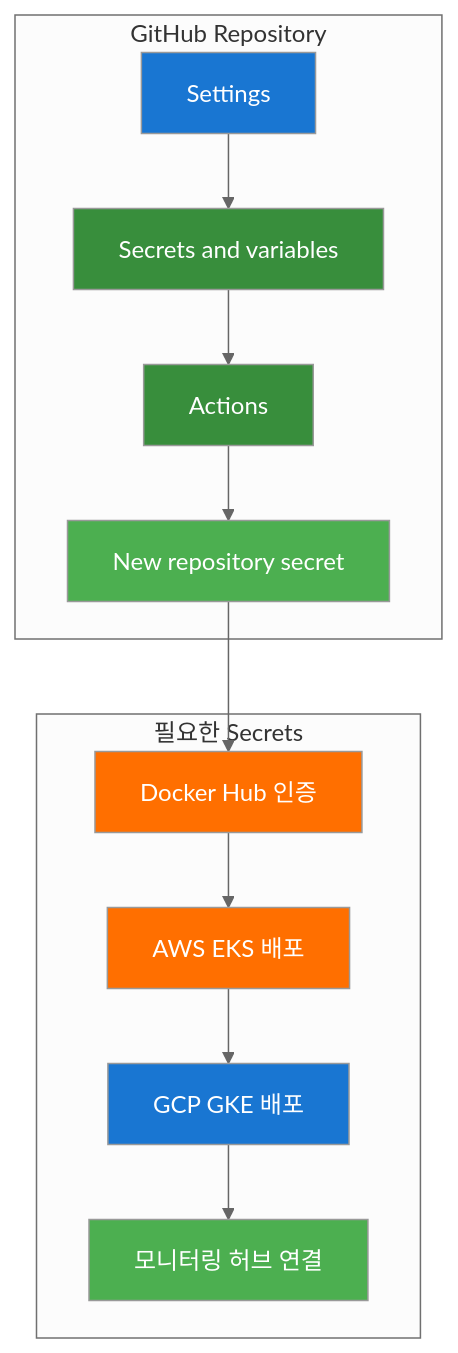
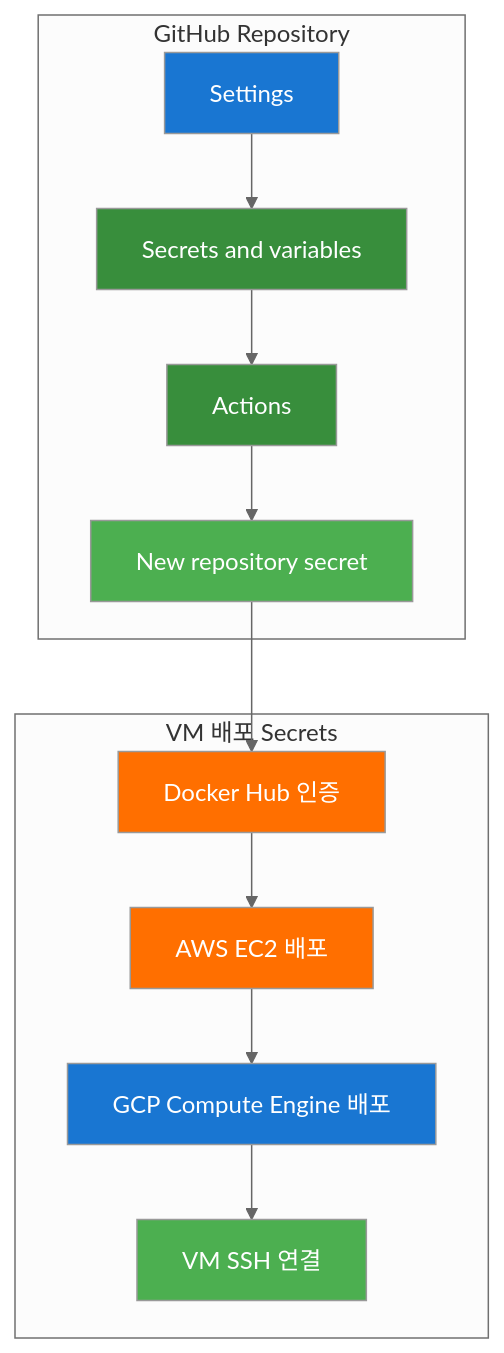
One commit to jungfrau70/mcp_cloud changed the third of 9 diagrams in mcp_knowledge_base/cloud_intermediate/lectures/day2/Day2_통합강의안_오후.md. Above: the diagram before and after it, drawn with Mermaid (neutral theme). The commit also changed other lines of this file and 27 other files, not shown here.

Commit message:
Update: 2025-10-01 06:17:00 - mcp_knowledge_base/.cursor/rules/automation-architecture.mdc and 27 more files

````diff
--- a/mcp_knowledge_base/cloud_intermediate/lectures/day2/Day2_통합강의안_오후.md
+++ b/mcp_knowledge_base/cloud_intermediate/lectures/day2/Day2_통합강의안_오후.md
@@ -172,25 +178,25 @@
 ```mermaid
 flowchart TD
     subgraph "GitHub Repository"
         A["Settings"] --> B["Secrets and variables"]
         B --> C["Actions"]
         C --> D["New repository secret"]
     end
     
-    subgraph "필요한 Secrets"
-        E["Docker Hub 인증"] --> F["AWS EKS 배포"]
-        F --> G["GCP GKE 배포"]
-        G --> H["모니터링 허브 연결"]
+    subgraph "VM 배포 Secrets"
+        E["Docker Hub 인증"] --> F["AWS EC2 배포"]
+        F --> G["GCP Compute Engine 배포"]
+        G --> H["VM SSH 연결"]
     end
     
     D --> E
     
     style A fill:#1976d2,color:#ffffff
     style B fill:#388e3c,color:#ffffff
     style C fill:#388e3c,color:#ffffff
     style D fill:#4caf50,color:#ffffff
     style E fill:#ff6f00,color:#ffffff
     style F fill:#ff6f00,color:#ffffff
     style G fill:#1976d2,color:#ffffff
     style H fill:#4caf50,color:#ffffff
 ```
````
